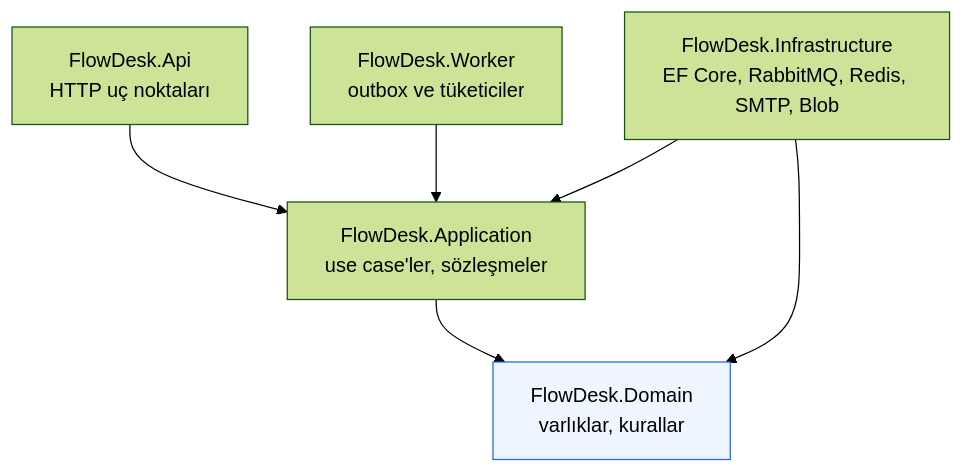
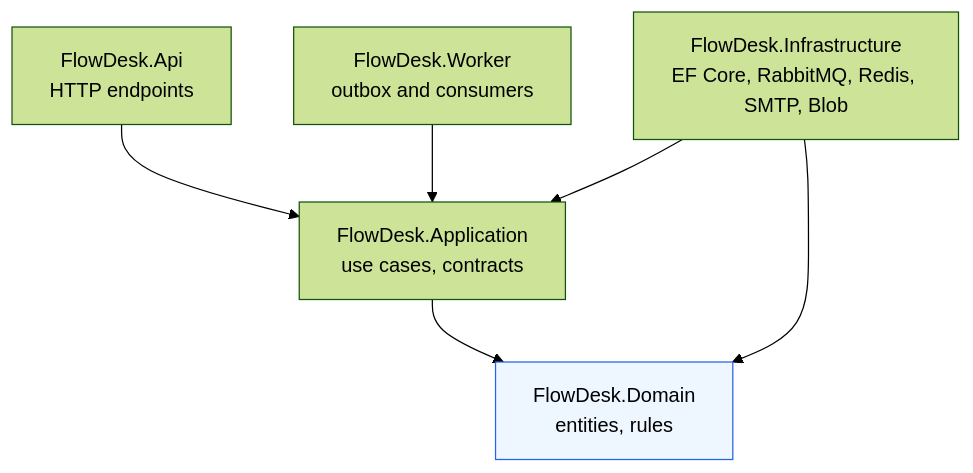
The diagram in README.md (turancanberk/FlowDesk), drawn with Mermaid (forest theme) before and after one commit. The commit also changed other lines of this file and 2 other files, not shown here.

````diff
--- a/README.md
+++ b/README.md
@@ -143,16 +133,16 @@
 ```mermaid
 flowchart TB
-    Api["FlowDesk.Api<br/>HTTP uç noktaları"]
-    Worker["FlowDesk.Worker<br/>outbox ve tüketiciler"]
-    App["FlowDesk.Application<br/>use case'ler, sözleşmeler"]
-    Domain["FlowDesk.Domain<br/>varlıklar, kurallar"]
+    Api["FlowDesk.Api<br/>HTTP endpoints"]
+    Worker["FlowDesk.Worker<br/>outbox and consumers"]
+    App["FlowDesk.Application<br/>use cases, contracts"]
+    Domain["FlowDesk.Domain<br/>entities, rules"]
     Infra["FlowDesk.Infrastructure<br/>EF Core, RabbitMQ, Redis, SMTP, Blob"]
 
     Api --> App
     Worker --> App
     App --> Domain
     Infra --> App
     Infra --> Domain
 
     style Domain fill:#eef6ff,stroke:#2563eb
 ```
````
